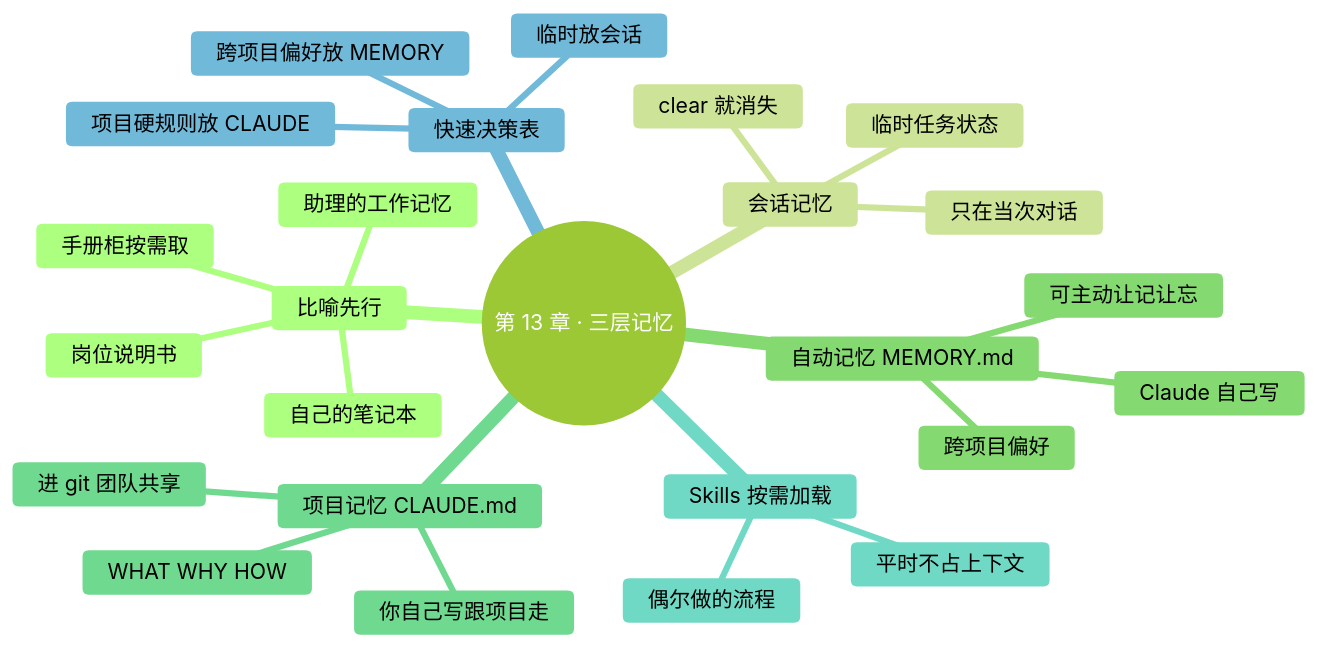
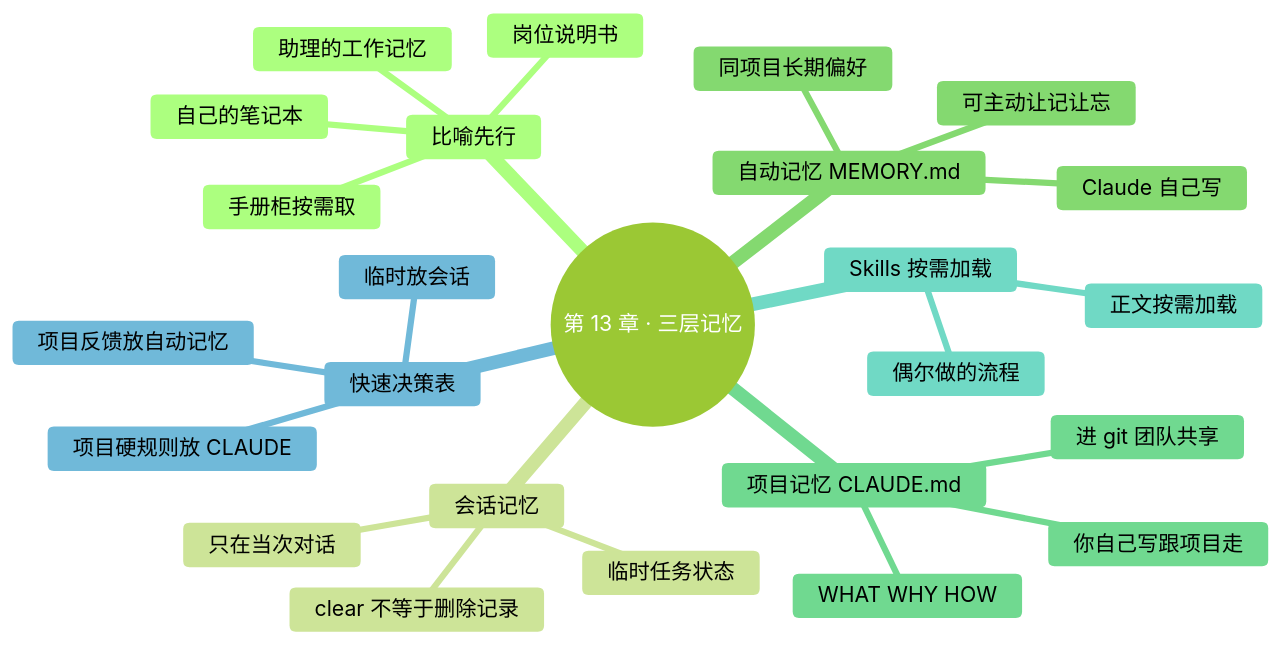
Before and after one commit to mali9527/claude-code-full-guide-for-beginners: the first of 2 diagrams in manuscript/part3-深度概念/13-三层记忆.md, drawn with Mermaid. The commit also changed other lines of this file and 130 other files, not shown here.

````diff
--- a/manuscript/part3-深度概念/13-三层记忆.md
+++ b/manuscript/part3-深度概念/13-三层记忆.md
@@ -20,36 +22,36 @@
 ```mermaid
 ---
 config:
   theme: forest
   themeVariables:
     fontFamily: "-apple-system, 'SF Pro Text', 'PingFang SC', 'Helvetica Neue', sans-serif"
     fontSize: "17px"
     lineColor: "#D9D9D9"
 ---
 mindmap
   root((第 13 章 · 三层记忆))
     比喻先行
       助理的工作记忆
       自己的笔记本
       岗位说明书
       手册柜按需取
     会话记忆
       只在当次对话
       临时任务状态
-      clear 就消失
+      clear 不等于删除记录
     自动记忆 MEMORY.md
       Claude 自己写
-      跨项目偏好
+      同项目长期偏好
       可主动让记让忘
     项目记忆 CLAUDE.md
       你自己写跟项目走
       WHAT WHY HOW
       进 git 团队共享
     Skills 按需加载
-      平时不占上下文
+      正文按需加载
       偶尔做的流程
     快速决策表
       临时放会话
-      跨项目偏好放 MEMORY
+      项目反馈放自动记忆
       项目硬规则放 CLAUDE
 ```
````
